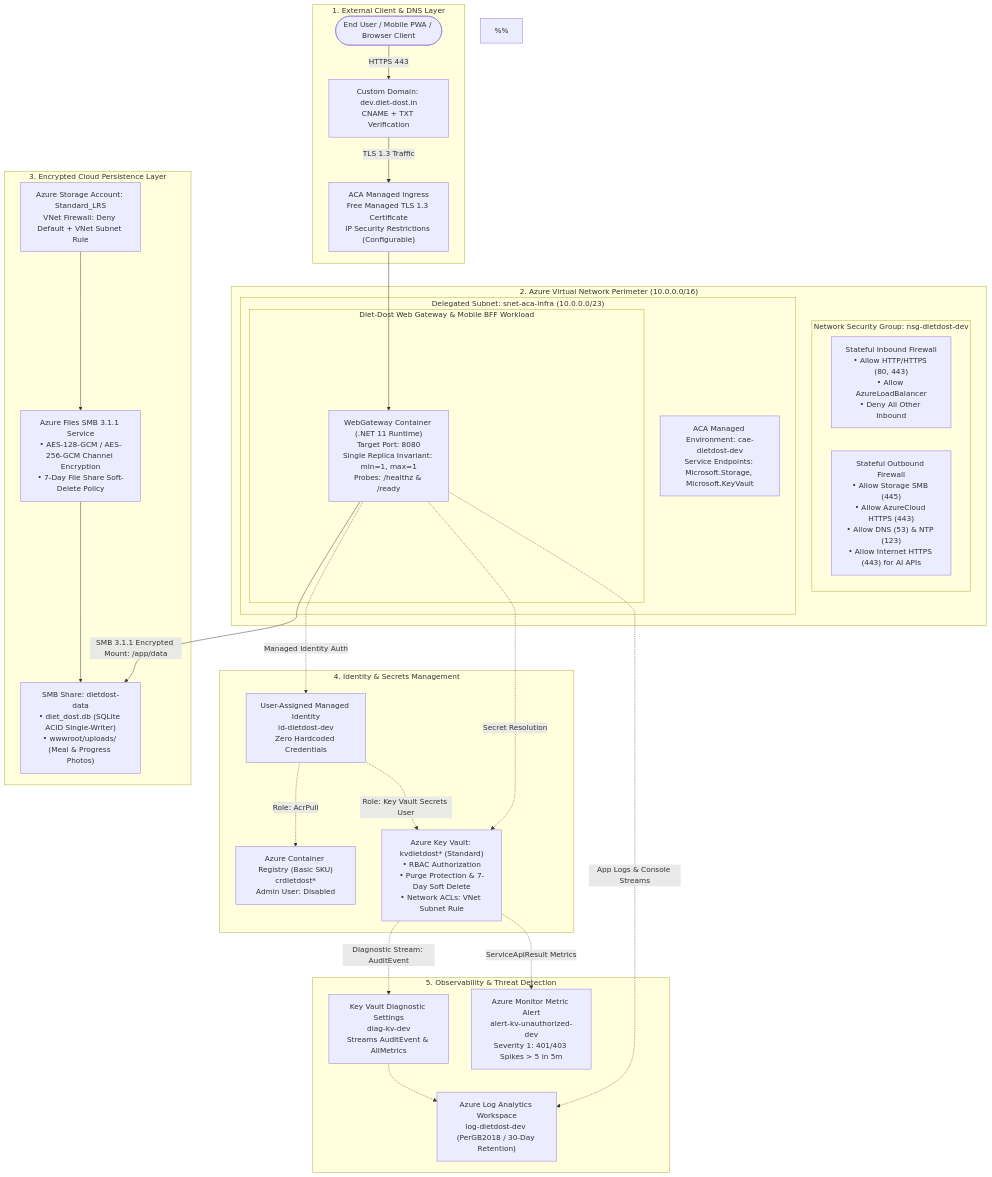
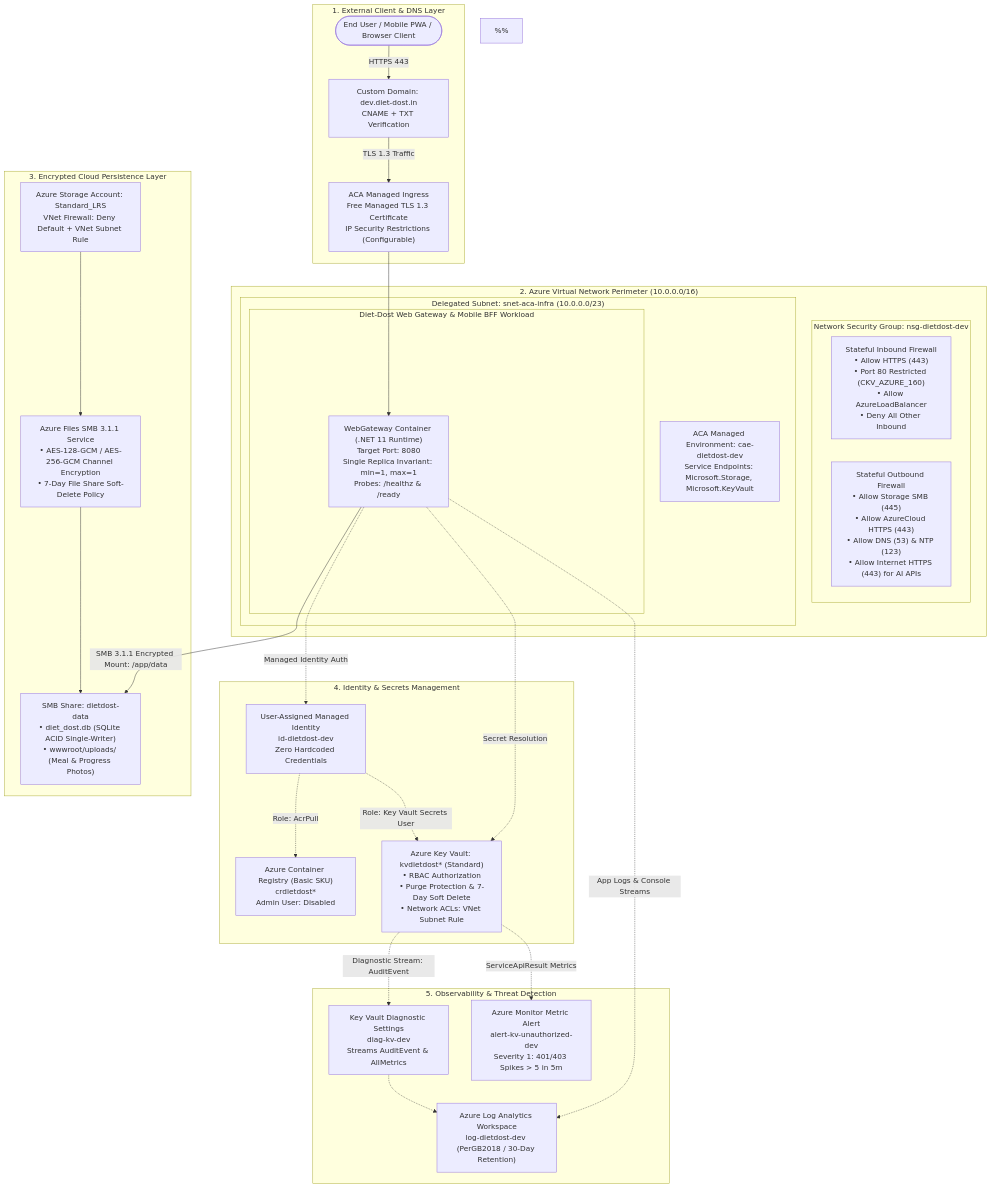
Before and after one commit to nikunjbanker/diet-dost: the diagram in docs/architecture/diagrams/azure_zero_trust_infra_architecture.mermaid, drawn with Mermaid. The commit also changed 4 other files, not shown here.

Commit message:
fix(infra): restrict NSG inbound to HTTPS port 443 to satisfy Checkov CKV_AZURE_160

```diff
--- a/docs/architecture/diagrams/azure_zero_trust_infra_architecture.mermaid
+++ b/docs/architecture/diagrams/azure_zero_trust_infra_architecture.mermaid
@@ -1,62 +1,62 @@
 graph TD
 %%
 %% Copyright (c) 2026 diet-dost and/or its contributors.
 %% Licensed under the "GNU Affero General Public License v3.0 only" and
 %% the "Server Side Public License, v 1"; you may not use this file except
 %% in compliance with, at your election, the "GNU Affero General Public
 %% License v3.0 only" or the "Server Side Public License, v 1".
 %%
 
     subgraph External_Traffic ["1. External Client & DNS Layer"]
         Client(["End User / Mobile PWA / Browser Client"]) -->|HTTPS 443| DNS["Custom Domain: dev.diet-dost.in<br/>CNAME + TXT Verification"]
         DNS -->|TLS 1.3 Traffic| ACA_Ingress["ACA Managed Ingress<br/>Free Managed TLS 1.3 Certificate<br/>IP Security Restrictions (Configurable)"]
     end
 
     subgraph VNet_Perimeter ["2. Azure Virtual Network Perimeter (10.0.0.0/16)"]
         subgraph NSG_Boundary ["Network Security Group: nsg-dietdost-dev"]
-            NSG_In["Stateful Inbound Firewall<br/>• Allow HTTP/HTTPS (80, 443)<br/>• Allow AzureLoadBalancer<br/>• Deny All Other Inbound"]
+            NSG_In["Stateful Inbound Firewall<br/>• Allow HTTPS (443)<br/>• Port 80 Restricted (CKV_AZURE_160)<br/>• Allow AzureLoadBalancer<br/>• Deny All Other Inbound"]
             NSG_Out["Stateful Outbound Firewall<br/>• Allow Storage SMB (445)<br/>• Allow AzureCloud HTTPS (443)<br/>• Allow DNS (53) & NTP (123)<br/>• Allow Internet HTTPS (443) for AI APIs"]
         end
 
         subgraph ACA_Subnet ["Delegated Subnet: snet-aca-infra (10.0.0.0/23)"]
             ACA_Env["ACA Managed Environment: cae-dietdost-dev<br/>Service Endpoints: Microsoft.Storage, Microsoft.KeyVault"]
             
             subgraph Workload_Container ["Diet-Dost Web Gateway & Mobile BFF Workload"]
                 AppContainer["WebGateway Container (.NET 11 Runtime)<br/>Target Port: 8080<br/>Single Replica Invariant: min=1, max=1<br/>Probes: /healthz & /ready"]
             end
         end
     end
 
     subgraph Data_Storage ["3. Encrypted Cloud Persistence Layer"]
         StorageAcc["Azure Storage Account: Standard_LRS<br/>VNet Firewall: Deny Default + VNet Subnet Rule"]
         FileServices["Azure Files SMB 3.1.1 Service<br/>• AES-128-GCM / AES-256-GCM Channel Encryption<br/>• 7-Day File Share Soft-Delete Policy"]
         FileShare["SMB Share: dietdost-data<br/>• diet_dost.db (SQLite ACID Single-Writer)<br/>• wwwroot/uploads/ (Meal & Progress Photos)"]
     end
 
     subgraph Security_Identity ["4. Identity & Secrets Management"]
         MI["User-Assigned Managed Identity<br/>id-dietdost-dev<br/>Zero Hardcoded Credentials"]
         ACR["Azure Container Registry (Basic SKU)<br/>crdietdost*<br/>Admin User: Disabled"]
         KV["Azure Key Vault: kvdietdost* (Standard)<br/>• RBAC Authorization<br/>• Purge Protection & 7-Day Soft Delete<br/>• Network ACLs: VNet Subnet Rule"]
     end
 
     subgraph Monitoring_Alerts ["5. Observability & Threat Detection"]
         LogAnalytics["Azure Log Analytics Workspace<br/>log-dietdost-dev (PerGB2018 / 30-Day Retention)"]
         DiagKV["Key Vault Diagnostic Settings<br/>diag-kv-dev<br/>Streams AuditEvent & AllMetrics"]
         AlertKV["Azure Monitor Metric Alert<br/>alert-kv-unauthorized-dev<br/>Severity 1: 401/403 Spikes > 5 in 5m"]
     end
 
     %% Network & Traffic Flows
     ACA_Ingress --> AppContainer
     AppContainer -->|SMB 3.1.1 Encrypted Mount: /app/data| FileShare
     StorageAcc --> FileServices --> FileShare
 
     %% Identity & Secrets Flows
     AppContainer -.->|Managed Identity Auth| MI
     MI -.->|Role: AcrPull| ACR
     MI -.->|Role: Key Vault Secrets User| KV
     AppContainer -.->|Secret Resolution| KV
 
     %% Telemetry & Auditing Flows
     AppContainer -.->|App Logs & Console Streams| LogAnalytics
     KV -.->|Diagnostic Stream: AuditEvent| DiagKV -.-> LogAnalytics
     KV -.->|ServiceApiResult Metrics| AlertKV
```
